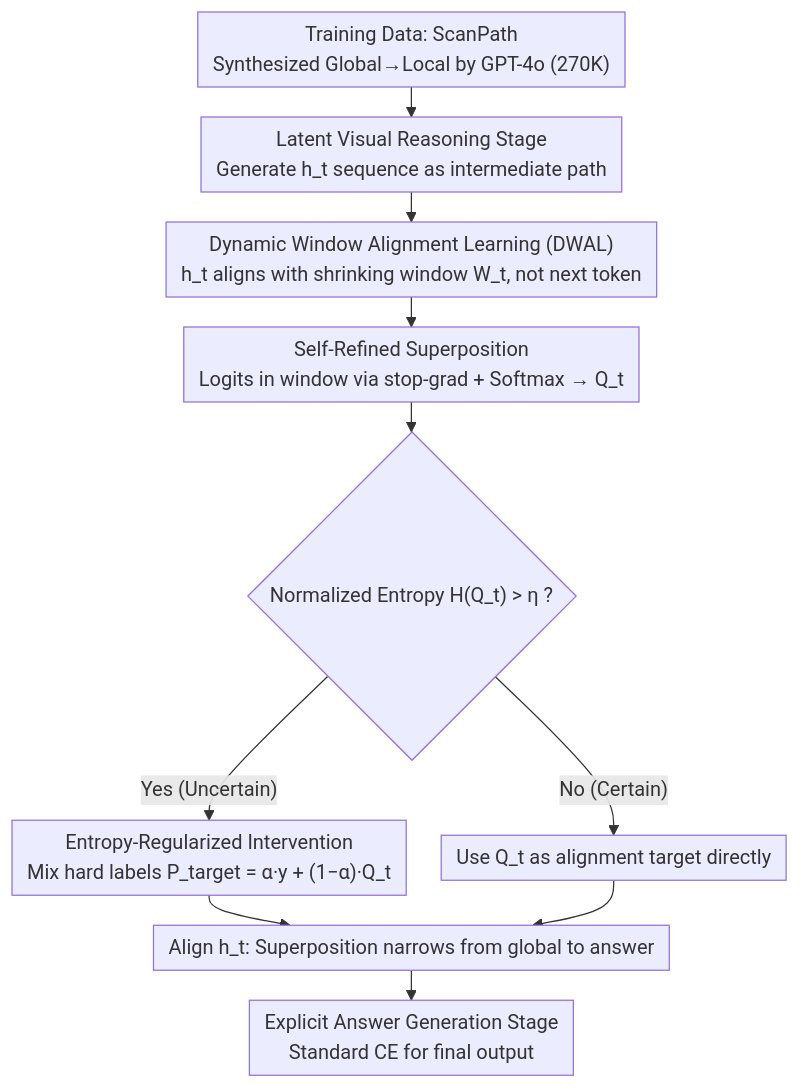
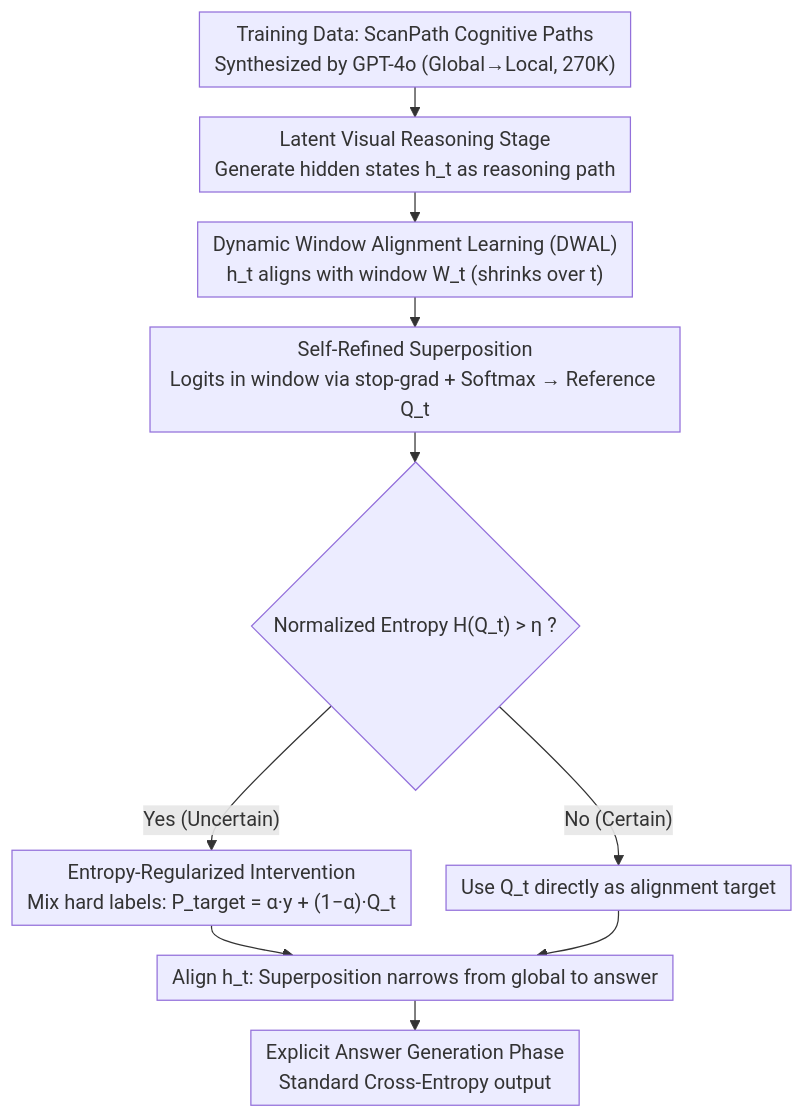
The diagram in docs/ACL2026/vlm_reasoning/forest_before_trees_latent_superposition_for_efficient_visual_reasoning.md (zhaoyang97/Paper-Notes-en), drawn with Mermaid before and after one commit. The commit also changed other lines of this file and 5084 other files, not shown here.

````diff
--- a/docs/ACL2026/vlm_reasoning/forest_before_trees_latent_superposition_for_efficient_visual_reasoning.md
+++ b/docs/ACL2026/vlm_reasoning/forest_before_trees_latent_superposition_for_efficient_visual_reasoning.md
@@ -44,13 +44,13 @@
 ```mermaid
 %%{init: {'flowchart': {'rankSpacing': 24, 'nodeSpacing': 28, 'padding': 6, 'wrappingWidth': 400}}}%%
 flowchart TD
-    A["Training Data: ScanPath<br/>Synthesized Global→Local by GPT-4o (270K)"] --> B["Latent Visual Reasoning Stage<br/>Generate h_t sequence as intermediate path"]
-    B --> C["Dynamic Window Alignment Learning (DWAL)<br/>h_t aligns with shrinking window W_t, not next token"]
-    C --> D["Self-Refined Superposition<br/>Logits in window via stop-grad + Softmax → Q_t"]
+    A["Training Data: ScanPath Cognitive Paths<br/>Synthesized by GPT-4o (Global→Local, 270K)"] --> B["Latent Visual Reasoning Stage<br/>Generate hidden states h_t as reasoning path"]
+    B --> C["Dynamic Window Alignment Learning (DWAL)<br/>h_t aligns with window W_t (shrinks over t)"]
+    C --> D["Self-Refined Superposition<br/>Logits in window via stop-grad + Softmax → Reference Q_t"]
     D --> E{"Normalized Entropy H(Q_t) > η ?"}
-    E -->|"Yes (Uncertain)"| F["Entropy-Regularized Intervention<br/>Mix hard labels P_target = α·y + (1−α)·Q_t"]
-    E -->|"No (Certain)"| G["Use Q_t as alignment target directly"]
+    E -->|"Yes (Uncertain)"| F["Entropy-Regularized Intervention<br/>Mix hard labels: P_target = α·y + (1−α)·Q_t"]
+    E -->|"No (Certain)"| G["Use Q_t directly as alignment target"]
     F --> H["Align h_t: Superposition narrows from global to answer"]
     G --> H
-    H --> I["Explicit Answer Generation Stage<br/>Standard CE for final output"]
+    H --> I["Explicit Answer Generation Phase<br/>Standard Cross-Entropy output"]
 ```
````
